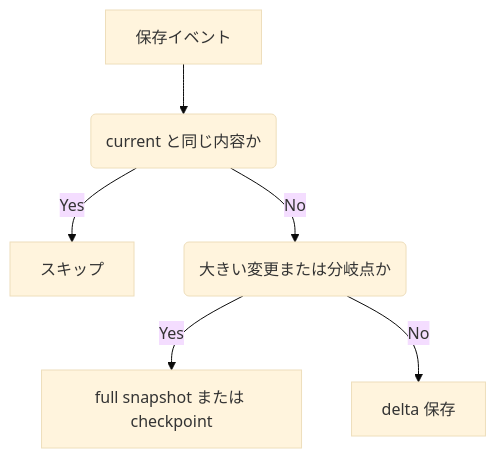
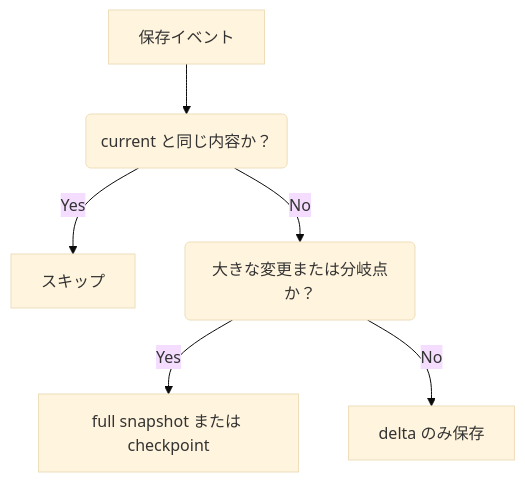
Before and after one commit to mmiyaji/vscode-undotree: the fifth of 5 diagrams in README_ja.md, drawn with Mermaid (base theme). The commit also changed other lines of this file and 14 other files, not shown here.

````diff
--- a/README_ja.md
+++ b/README_ja.md
@@ -309,8 +316,8 @@
 ```mermaid
 flowchart TD
-  save["保存イベント"] --> same("current と同じ内容か")
+  save["保存イベント"] --> same("current と同じ内容か？")
   same -->|Yes| skip["スキップ"]
-  same -->|No| ratio("大きい変更または分岐点か")
+  same -->|No| ratio("大きな変更または分岐点か？")
   ratio -->|Yes| full["full snapshot または checkpoint"]
-  ratio -->|No| delta["delta 保存"]
+  ratio -->|No| delta["delta のみ保存"]
 ```
````
